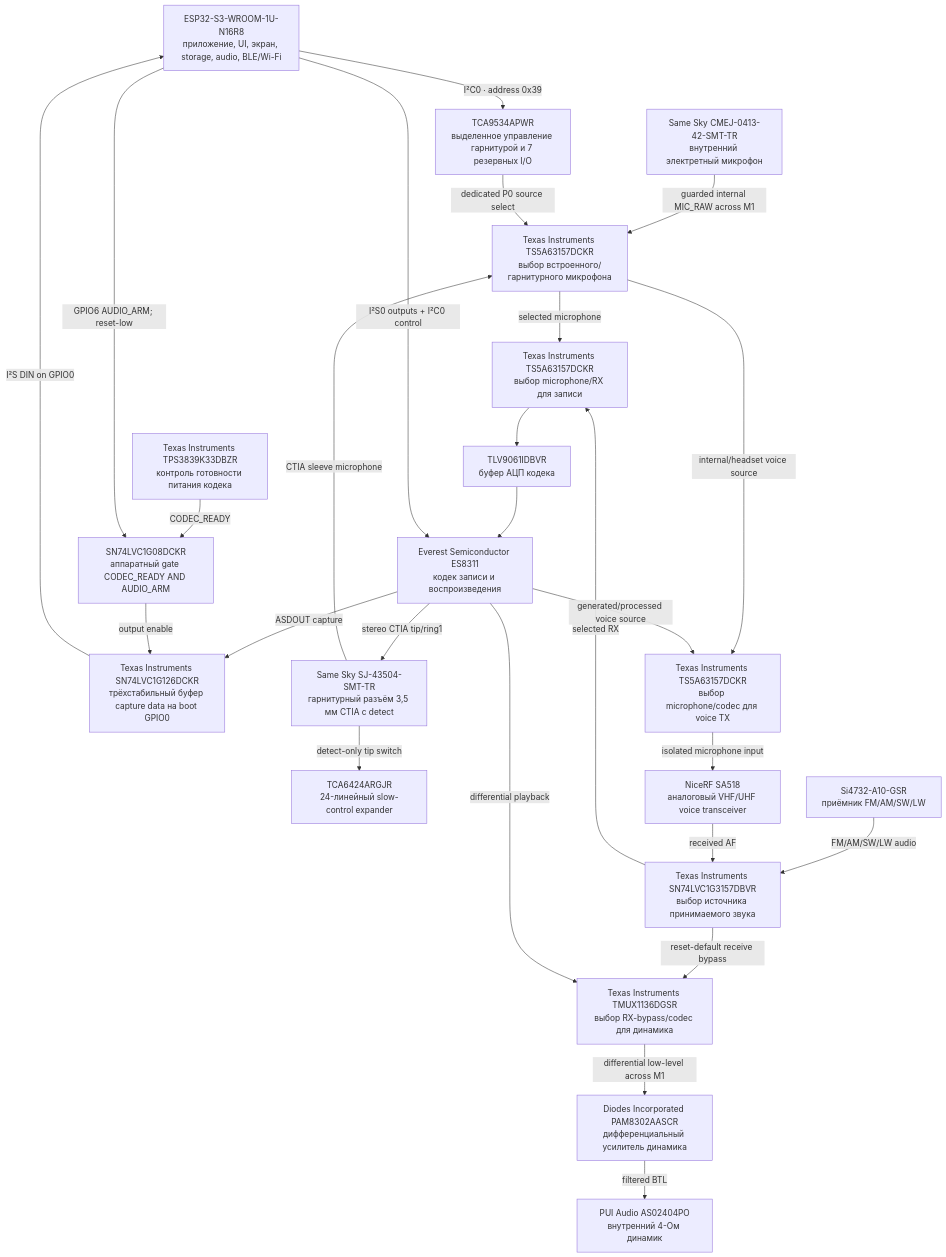
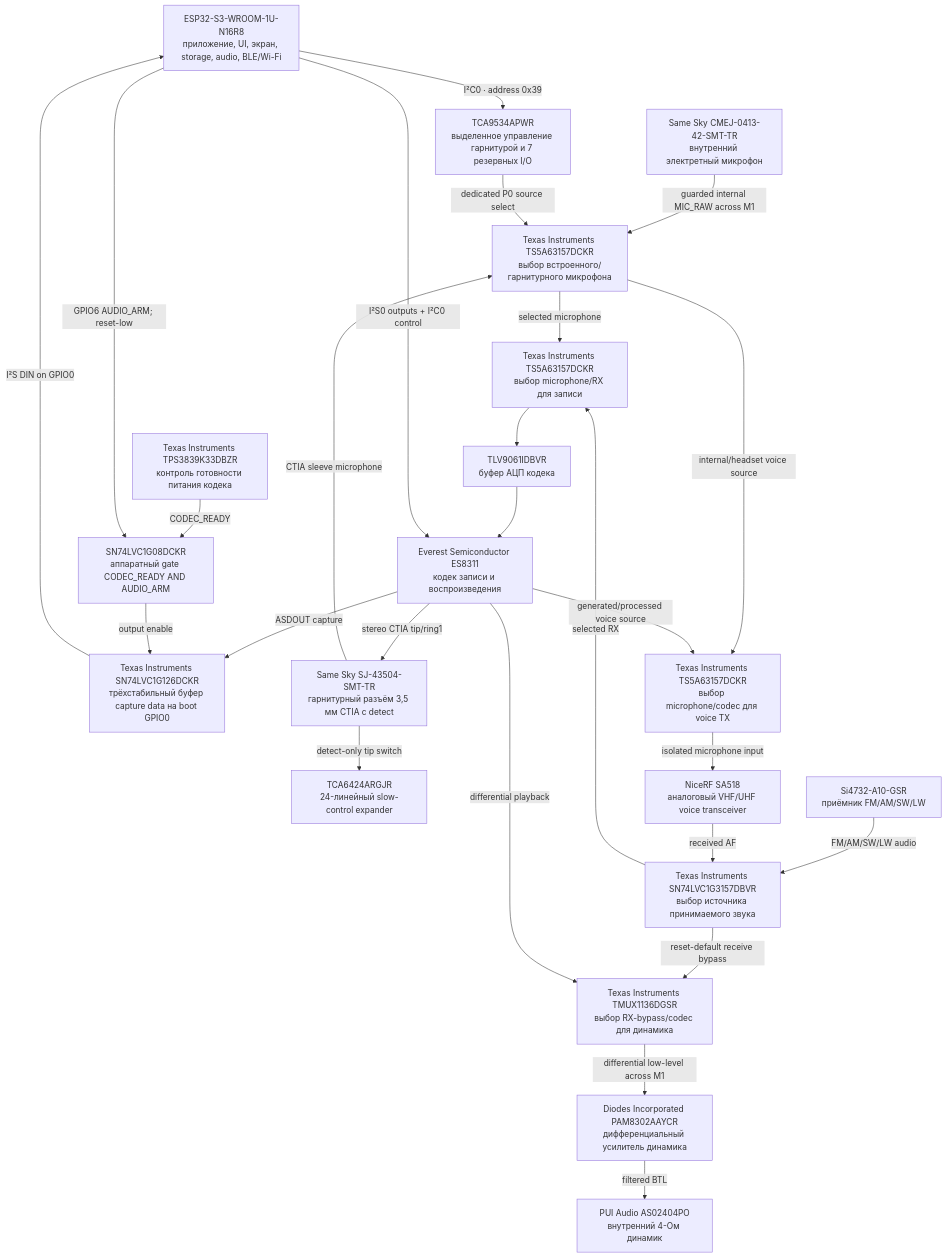
The sixth of 10 diagrams in docs/schematics.ru.md (anton-vinogradov/esp32-leshy2), drawn with Mermaid before and after one commit. The commit also changed other lines of this file and 54 other files, not shown here.

````diff
--- a/docs/schematics.ru.md
+++ b/docs/schematics.ru.md
@@ -185,45 +187,45 @@
 ```mermaid
 flowchart TD
 S3["ESP32-S3-WROOM-1U-N16R8<br/>приложение, UI, экран, storage, audio, BLE/Wi-Fi"]
 SLOW_IO["TCA6424ARGJR<br/>24-линейный slow-control expander"]
 RECEIVER["Si4732-A10-GSR<br/>приёмник FM/AM/SW/LW"]
 VOICE["NiceRF SA518<br/>аналоговый VHF/UHF voice transceiver"]
 MICROPHONE["Same Sky CMEJ-0413-42-SMT-TR<br/>внутренний электретный микрофон"]
 HEADSET_CONTROL_IO["TCA9534APWR<br/>выделенное управление гарнитурой и 7 резервных I/O"]
 HEADSET_MIC_SELECTOR["Texas Instruments TS5A63157DCKR<br/>выбор встроенного/гарнитурного микрофона"]
 AUDIO_RX_MUX["Texas Instruments SN74LVC1G3157DBVR<br/>выбор источника принимаемого звука"]
 AUDIO_CAPTURE_SELECTOR["Texas Instruments TS5A63157DCKR<br/>выбор microphone/RX для записи"]
 AUDIO_CAPTURE_BUFFER["TLV9061IDBVR<br/>буфер АЦП кодека"]
 CODEC["Everest Semiconductor ES8311<br/>кодек записи и воспроизведения"]
 CODEC_SUPERVISOR["Texas Instruments TPS3839K33DBZR<br/>контроль готовности питания кодека"]
 CODEC_I2S_DIN_BOOT_GATE["SN74LVC1G08DCKR<br/>аппаратный gate CODEC_READY AND AUDIO_ARM"]
 CODEC_I2S_DIN_ISO["Texas Instruments SN74LVC1G126DCKR<br/>трёхстабильный буфер capture data на boot GPIO0"]
 AUDIO_SPEAKER_SELECTOR["Texas Instruments TMUX1136DGSR<br/>выбор RX-bypass/codec для динамика"]
 AUDIO_TX_SELECTOR["Texas Instruments TS5A63157DCKR<br/>выбор microphone/codec для voice TX"]
-SPEAKER_AMP["Diodes Incorporated PAM8302AASCR<br/>дифференциальный усилитель динамика"]
+SPEAKER_AMP["Diodes Incorporated PAM8302AAYCR<br/>дифференциальный усилитель динамика"]
 SPEAKER["PUI Audio AS02404PO<br/>внутренний 4-Ом динамик"]
 HEADPHONE_JACK["Same Sky SJ-43504-SMT-TR<br/>гарнитурный разъём 3,5 мм CTIA с detect"]
   RECEIVER -->|"FM/AM/SW/LW audio"| AUDIO_RX_MUX
   VOICE -->|"received AF"| AUDIO_RX_MUX
   AUDIO_RX_MUX -->|"selected RX"| AUDIO_CAPTURE_SELECTOR
   MICROPHONE -->|"guarded internal MIC_RAW across M1"| HEADSET_MIC_SELECTOR
   HEADPHONE_JACK -->|"CTIA sleeve microphone"| HEADSET_MIC_SELECTOR
   HEADPHONE_JACK -->|"detect-only tip switch"| SLOW_IO
   S3 -->|"I²C0 · address 0x39"| HEADSET_CONTROL_IO
   HEADSET_CONTROL_IO -->|"dedicated P0 source select"| HEADSET_MIC_SELECTOR
   HEADSET_MIC_SELECTOR -->|"selected microphone"| AUDIO_CAPTURE_SELECTOR
   AUDIO_CAPTURE_SELECTOR --> AUDIO_CAPTURE_BUFFER --> CODEC
   S3 -->|"I²S0 outputs + I²C0 control"| CODEC
   CODEC -->|"ASDOUT capture"| CODEC_I2S_DIN_ISO -->|"I²S DIN on GPIO0"| S3
   CODEC_SUPERVISOR -->|"CODEC_READY"| CODEC_I2S_DIN_BOOT_GATE
   S3 -->|"GPIO6 AUDIO_ARM; reset-low"| CODEC_I2S_DIN_BOOT_GATE
   CODEC_I2S_DIN_BOOT_GATE -->|"output enable"| CODEC_I2S_DIN_ISO
   AUDIO_RX_MUX -->|"reset-default receive bypass"| AUDIO_SPEAKER_SELECTOR
   CODEC -->|"differential playback"| AUDIO_SPEAKER_SELECTOR
   AUDIO_SPEAKER_SELECTOR -->|"differential low-level across M1"| SPEAKER_AMP
   SPEAKER_AMP -->|"filtered BTL"| SPEAKER
   CODEC -->|"stereo CTIA tip/ring1"| HEADPHONE_JACK
   HEADSET_MIC_SELECTOR -->|"internal/headset voice source"| AUDIO_TX_SELECTOR
   CODEC -->|"generated/processed voice source"| AUDIO_TX_SELECTOR
   AUDIO_TX_SELECTOR -->|"isolated microphone input"| VOICE
 ```
````
